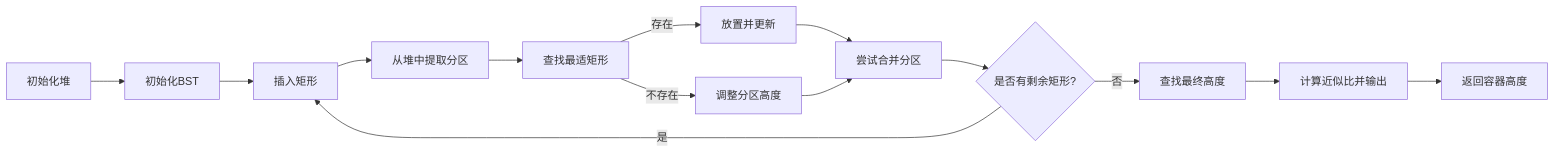
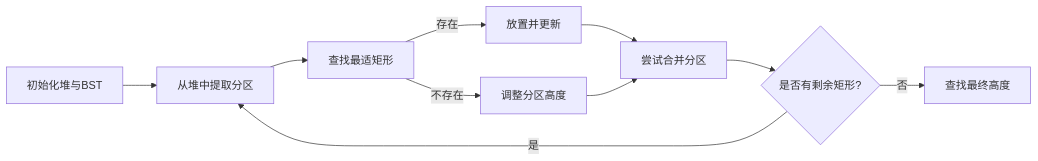
Before and after one commit to ffy6511/ADS_project: the second of 3 diagrams in P6/document/p6.md, drawn with Mermaid. The commit also changed other lines of this file and 1 other file, not shown here.

````diff
--- a/P6/document/p6.md
+++ b/P6/document/p6.md
@@ -545,17 +162,13 @@
 ```mermaid
 graph LR
-A[初始化堆] --> B[初始化BST]
-B --> C[插入矩形]
-C --> D[从堆中提取分区]
+B[初始化堆与BST]
+B --> D[从堆中提取分区]
 D --> E[查找最适矩形]
 E -- 存在 --> F[放置并更新]
 E -- 不存在 --> G[调整分区高度]
 F --> H[尝试合并分区]
 G --> H
 H --> I{是否有剩余矩形?}
-I -- 是 --> C
+I -- 是 --> D
 I -- 否 --> J[查找最终高度]
-J --> K[计算近似比并输出]
-K --> L[返回容器高度]
-
 ```
````
